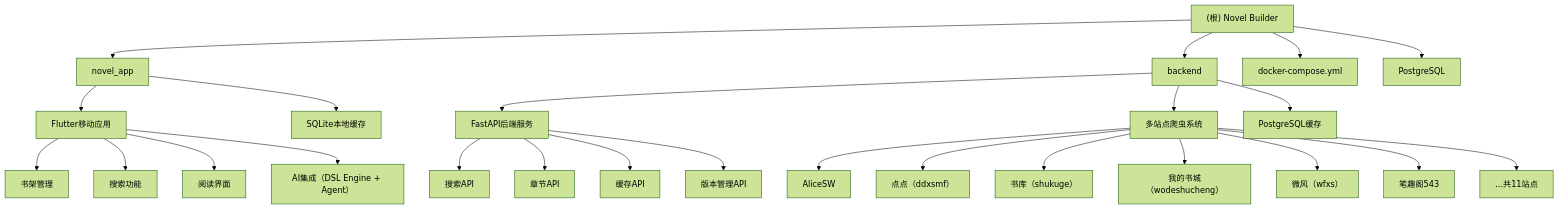
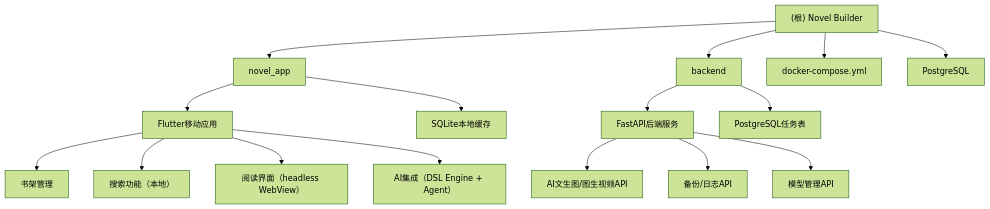
One commit to yunkst/novel_builder changed the diagram in CLAUDE.md. Above: the diagram before and after it, drawn with Mermaid (forest theme). The commit also changed other lines of this file and 3 other files, not shown here.

First line of the commit message:
refactor(backend): 移除已废弃的 AppVersion schema 与残留注释

````diff
--- a/CLAUDE.md
+++ b/CLAUDE.md
@@ -15,35 +16,25 @@
 ```mermaid
 graph TD
     A["(根) Novel Builder"] --> B["novel_app"];
     A --> C["backend"];
     A --> D["docker-compose.yml"];
     A --> E["PostgreSQL"];
 
     B --> F["Flutter移动应用"];
     B --> G["SQLite本地缓存"];
 
     C --> H["FastAPI后端服务"];
-    C --> I["多站点爬虫系统"];
-    C --> J["PostgreSQL缓存"];
+    C --> J["PostgreSQL任务表"];
 
     F --> K["书架管理"];
-    F --> L["搜索功能"];
-    F --> M["阅读界面"];
+    F --> L["搜索功能（本地）"];
+    F --> M["阅读界面（headless WebView）"];
     F --> N["AI集成（DSL Engine + Agent）"];
 
-    H --> O["搜索API"];
-    H --> P["章节API"];
-    H --> Q["缓存API"];
-    H --> R["版本管理API"];
-
-    I --> S["AliceSW"];
-    I --> T["点点（ddxsmf）"];
-    I --> U["书库（shukuge）"];
-    I --> V["我的书城（wodeshucheng）"];
-    I --> W["微风（wfxs）"];
-    I --> X["笔趣阁543"];
-    I --> Y["...共11站点"];
+    H --> O["AI文生图/图生视频API"];
+    H --> P["备份/日志API"];
+    H --> Q["模型管理API"];
 
     click B "./novel_app/CLAUDE.md" "查看 Flutter 移动应用模块"
     click C "./backend/CLAUDE.md" "查看 Python 后端模块"
 ```
````
